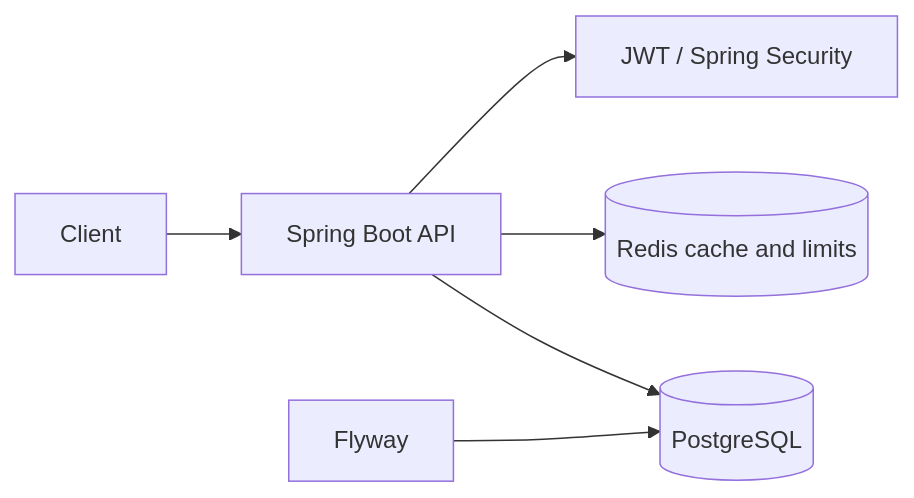
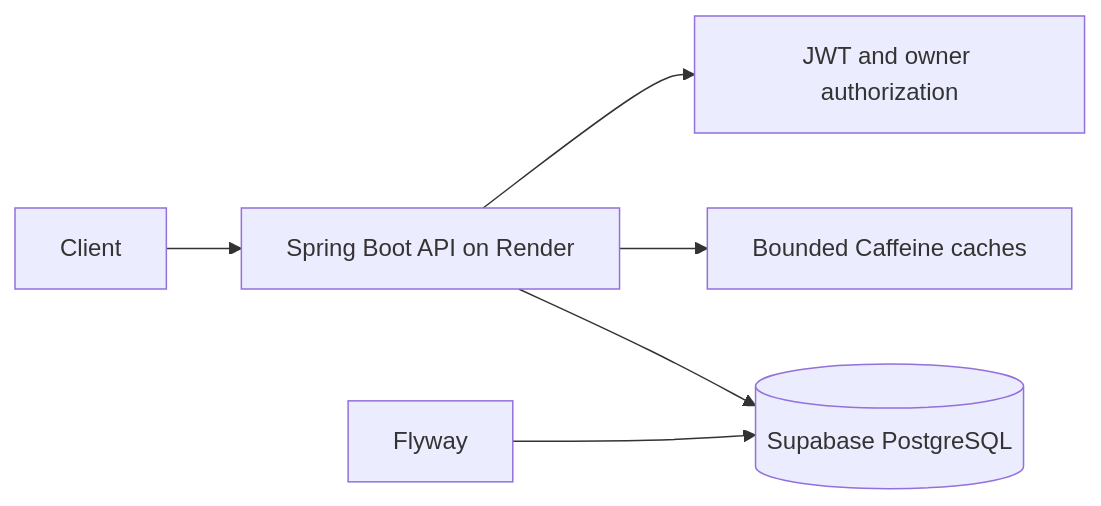
Before and after one commit to igorconrado/urlsnap-api: the diagram in README.md, drawn with Mermaid. The commit also changed other lines of this file, not shown here.

Commit message:
docs: document simplified portfolio architecture

````diff
--- a/README.md
+++ b/README.md
@@ -9,8 +9,8 @@
 ```mermaid
 flowchart LR
-    Client --> API[Spring Boot API]
-    API --> Security[JWT / Spring Security]
-    API --> Redis[(Redis cache and limits)]
-    API --> DB[(PostgreSQL)]
+    Client --> API[Spring Boot API on Render]
+    API --> Security[JWT and owner authorization]
+    API --> Cache[Bounded Caffeine caches]
+    API --> DB[(Supabase PostgreSQL)]
     Flyway --> DB
 ```
````
